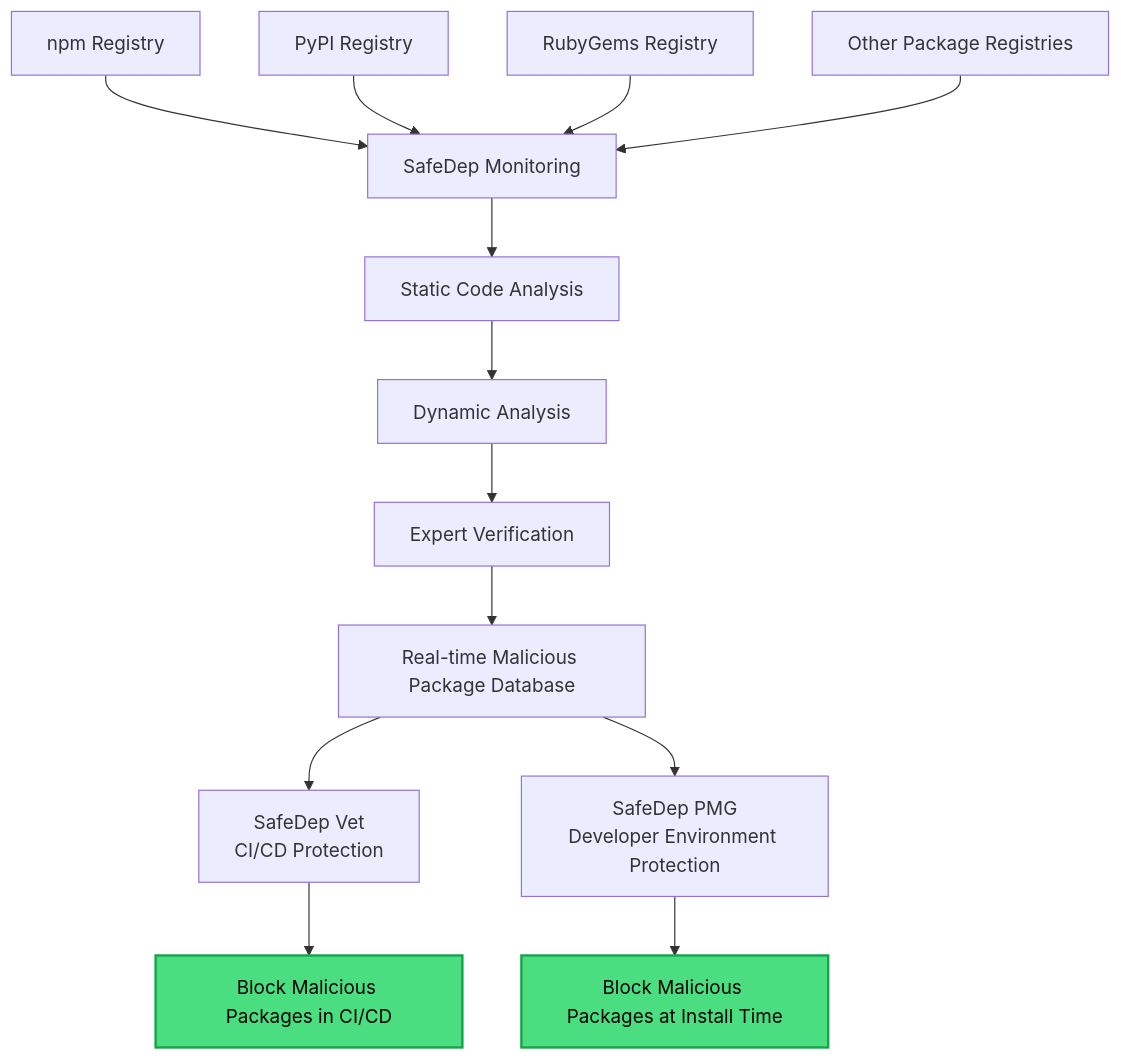
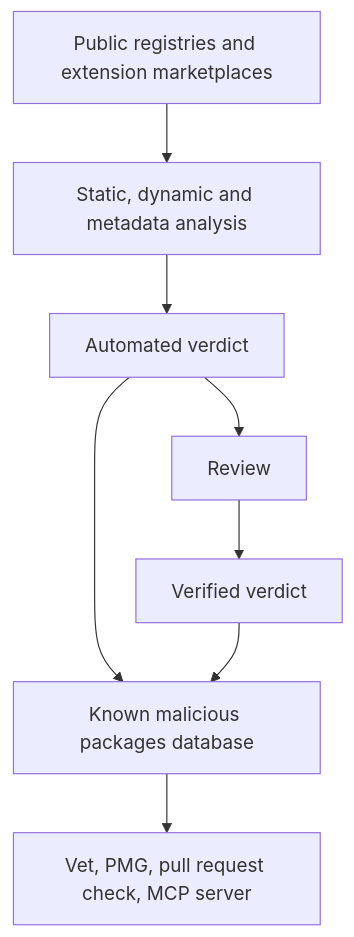
Before and after one commit to safedep/docs: the diagram in concepts/malicious-package.mdx, drawn with Mermaid. The commit also changed other lines of this file and 17 other files, not shown here.

````diff
--- a/concepts/malicious-package.mdx
+++ b/concepts/malicious-package.mdx
@@ -25,21 +25,10 @@
 ```mermaid
 graph TD
-    NPM[npm Registry] --> MONITORING[SafeDep Monitoring]
-    PYPI[PyPI Registry] --> MONITORING
-    RUBYGEMS[RubyGems Registry] --> MONITORING
-    OTHER[Other Package Registries] --> MONITORING
-
-    MONITORING --> STATIC[Static Code Analysis]
-    STATIC --> DYNAMIC[Dynamic Analysis]
-    DYNAMIC --> EXPERT[Expert Verification]
-    EXPERT --> DATABASE[Real-time Malicious Package Database]
-
-    DATABASE --> VET[SafeDep Vet<br/>CI/CD Protection]
-    DATABASE --> PMG[SafeDep PMG<br/>Developer Environment Protection]
-
-    VET --> CICD_BLOCK[Block Malicious Packages in CI/CD]
-    PMG --> DEV_BLOCK[Block Malicious Packages at Install Time]
-
-    classDef benefit fill:#4ade80,stroke:#16a34a,stroke-width:2px,color:#000000
-    class CICD_BLOCK,DEV_BLOCK benefit
+    REG[Public registries and extension marketplaces] --> ANALYSIS[Static, dynamic and metadata analysis]
+    ANALYSIS --> AUTO[Automated verdict]
+    AUTO --> REVIEW[Review]
+    REVIEW --> VERIFIED[Verified verdict]
+    AUTO --> DATABASE[Known malicious packages database]
+    VERIFIED --> DATABASE
+    DATABASE --> TOOLS[Vet, PMG, pull request check, MCP server]
 ```
````
